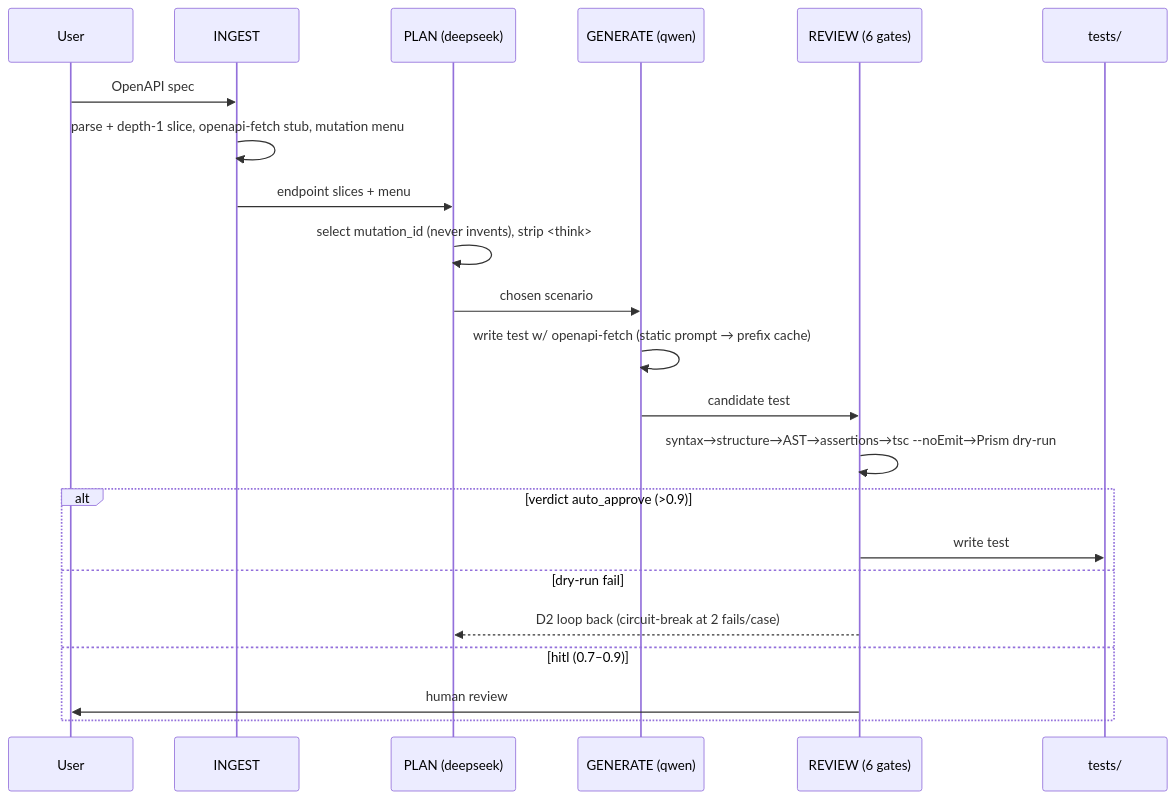
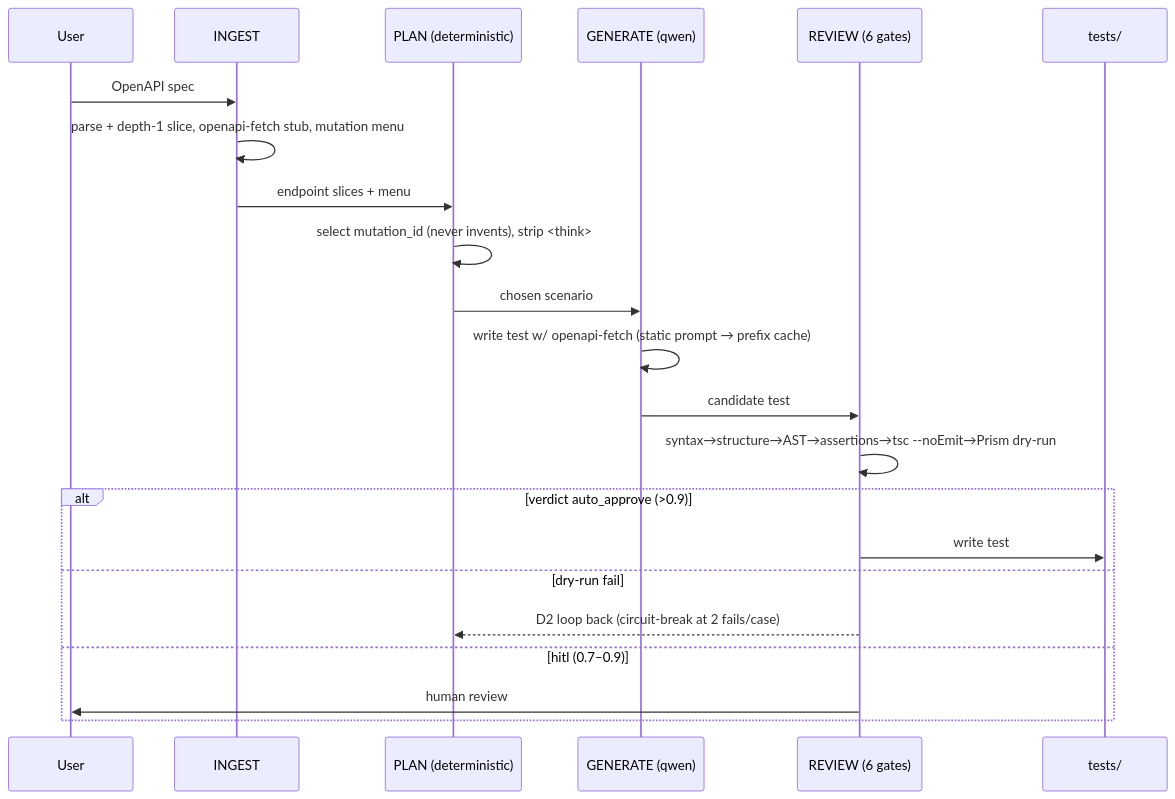
The second of 17 diagrams in docs/diagrams/DIAGRAMS.md (moaidmoatasem/cherenkov-qa), drawn with Mermaid before and after one commit. The commit also changed 6 other files, not shown here.

First line of the commit message:
fix(docs): remove stale deepseek PLAN references; add YAML ingest test; add Windows CI smoke

````diff
--- a/docs/diagrams/DIAGRAMS.md
+++ b/docs/diagrams/DIAGRAMS.md
@@ -30,24 +30,24 @@
 ```mermaid
 sequenceDiagram
   participant U as User
   participant IN as INGEST
-  participant PL as PLAN (deepseek)
+  participant PL as PLAN (deterministic)
   participant GE as GENERATE (qwen)
   participant RV as REVIEW (6 gates)
   participant FS as tests/
   U->>IN: OpenAPI spec
   IN->>IN: parse + depth-1 slice, openapi-fetch stub, mutation menu
   IN->>PL: endpoint slices + menu
   PL->>PL: select mutation_id (never invents), strip <think>
   PL->>GE: chosen scenario
   GE->>GE: write test w/ openapi-fetch (static prompt → prefix cache)
   GE->>RV: candidate test
   RV->>RV: syntax→structure→AST→assertions→tsc --noEmit→Prism dry-run
   alt verdict auto_approve (>0.9)
     RV->>FS: write test
   else dry-run fail
     RV-->>PL: D2 loop back (circuit-break at 2 fails/case)
   else hitl (0.7–0.9)
     RV->>U: human review
   end
 ```
````
